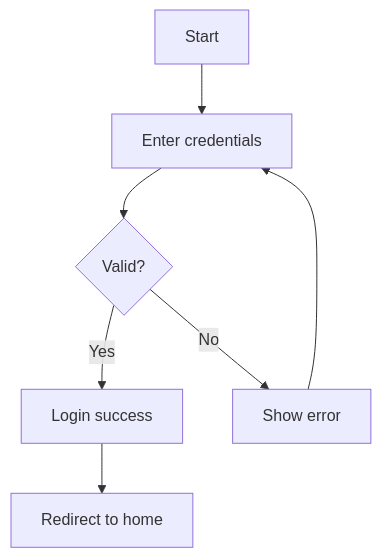
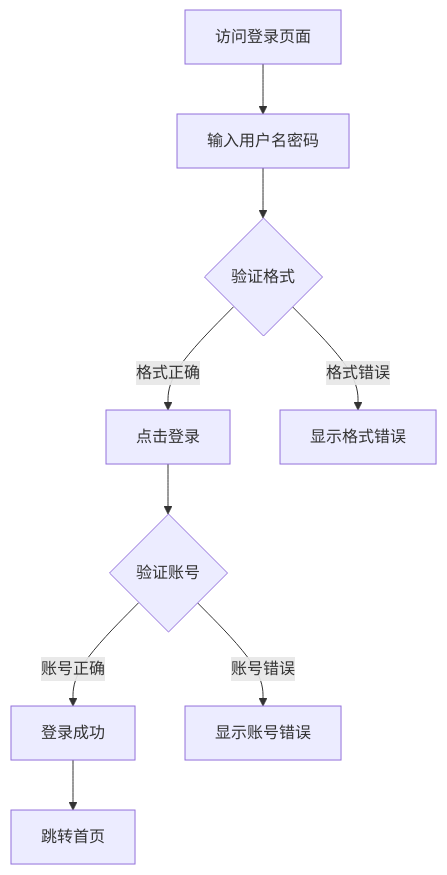
The diagram in packages/ai/skill/solarwire-prd-to-testcase/SKILL.md (SolarWire/SolarWire), drawn with Mermaid before and after one commit. The commit also changed other lines of this file and 6 other files, not shown here.

````diff
--- a/packages/ai/skill/solarwire-prd-to-testcase/SKILL.md
+++ b/packages/ai/skill/solarwire-prd-to-testcase/SKILL.md
@@ -118,9 +161,11 @@
 ```mermaid
 flowchart TD
-    A[Start] --> B[Enter credentials]
-    B --> C{Valid?}
-    C -->|Yes| D[Login success]
-    C -->|No| E[Show error]
-    D --> F[Redirect to home]
-    E --> B
+    A[访问登录页面] --> B[输入用户名密码]
+    B --> C{验证格式}
+    C -->|格式正确| D[点击登录]
+    C -->|格式错误| E[显示格式错误]
+    D --> F{验证账号}
+    F -->|账号正确| G[登录成功]
+    F -->|账号错误| H[显示账号错误]
+    G --> I[跳转首页]
 ```
````
